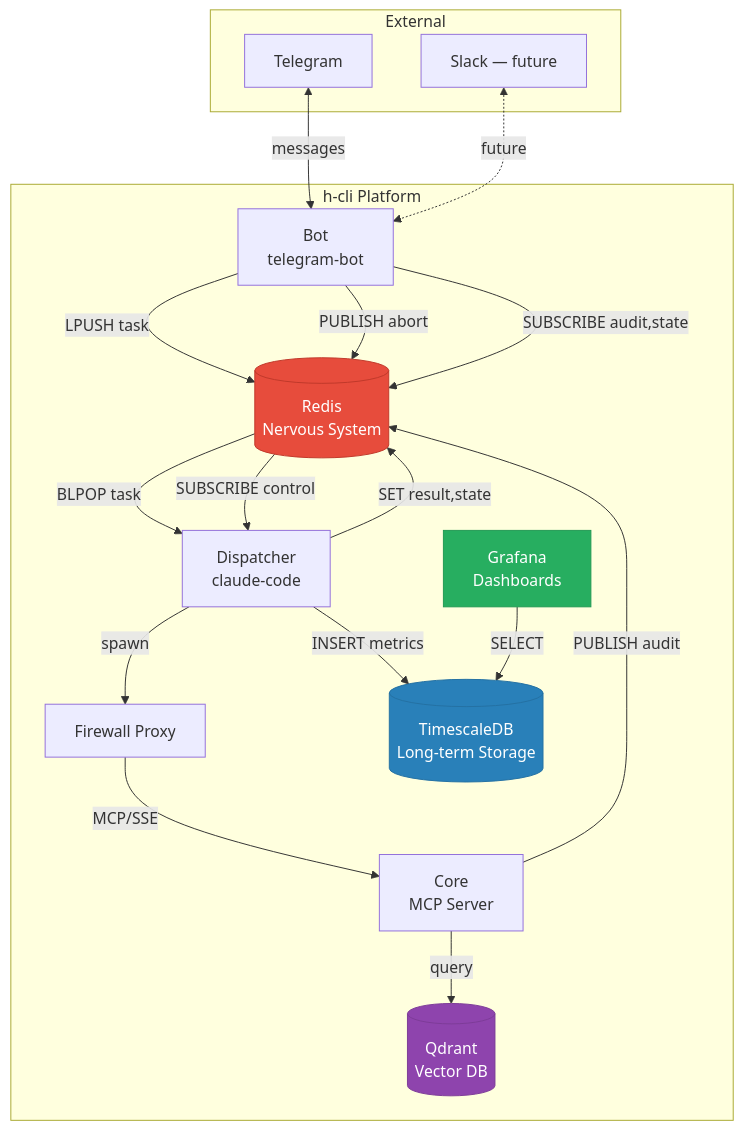
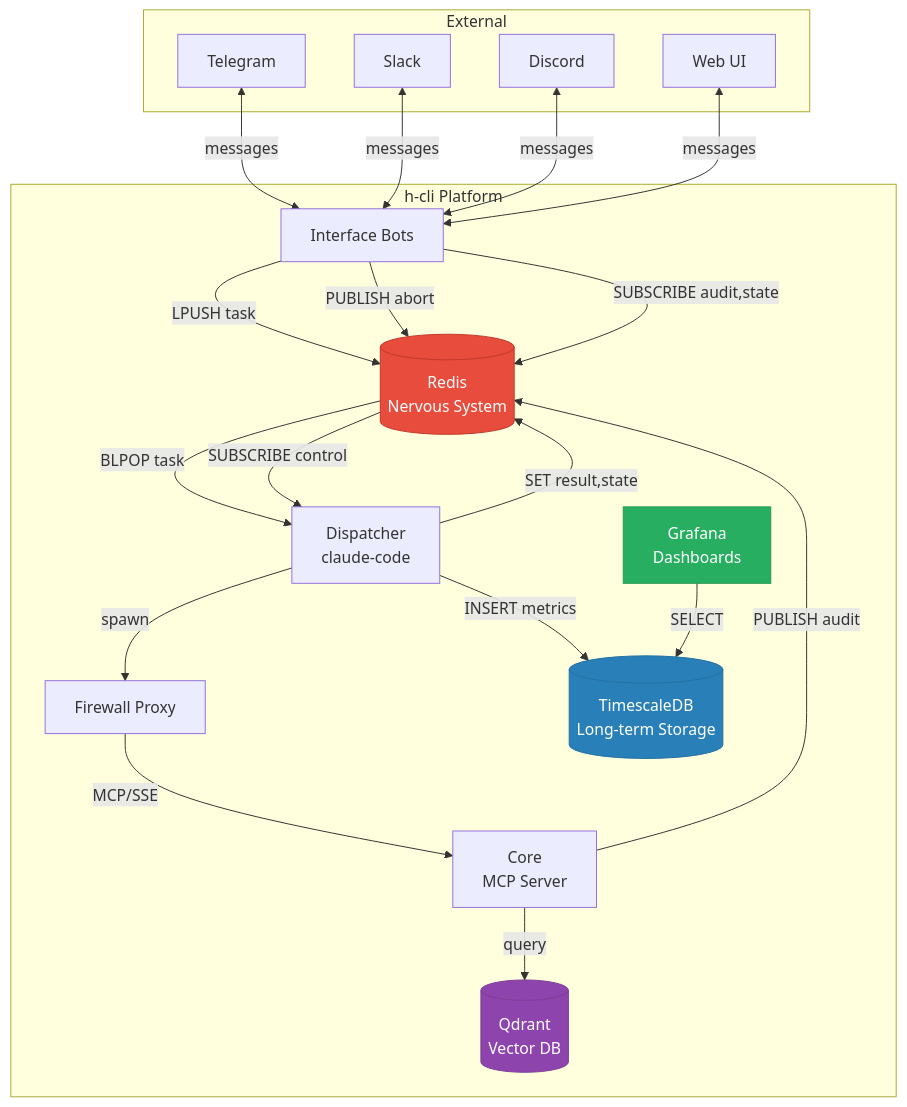
The first of 4 diagrams in docs/decisions/discussion.md (h-network/h-cli-gen-1), drawn with Mermaid before and after one commit. The commit also changed 3 other files, not shown here.

````diff
--- a/docs/decisions/discussion.md
+++ b/docs/decisions/discussion.md
@@ -26,42 +26,46 @@
 ```mermaid
 graph TB
     subgraph External
         TG[Telegram]
-        SL[Slack — future]
+        SL[Slack]
+        DC[Discord]
+        WEB[Web UI]
     end
 
     subgraph "h-cli Platform"
-        BOT[Bot<br/>telegram-bot]
+        BOT[Interface Bots]
         DISP[Dispatcher<br/>claude-code]
         FW[Firewall Proxy]
         CORE[Core<br/>MCP Server]
         REDIS[(Redis<br/>Nervous System)]
         TSDB[(TimescaleDB<br/>Long-term Storage)]
         GRAF[Grafana<br/>Dashboards]
         QDRANT[(Qdrant<br/>Vector DB)]
     end
 
     TG <-->|messages| BOT
-    SL <-.->|future| BOT
+    SL <-->|messages| BOT
+    DC <-->|messages| BOT
+    WEB <-->|messages| BOT
 
     BOT -->|LPUSH task| REDIS
     BOT -->|PUBLISH abort| REDIS
     BOT -->|SUBSCRIBE audit,state| REDIS
 
     REDIS -->|BLPOP task| DISP
     REDIS -->|SUBSCRIBE control| DISP
     DISP -->|SET result,state| REDIS
 
     DISP -->|spawn| FW
     FW -->|MCP/SSE| CORE
     CORE -->|PUBLISH audit| REDIS
 
     DISP -->|INSERT metrics| TSDB
     GRAF -->|SELECT| TSDB
     CORE -->|query| QDRANT
 
     style REDIS fill:#e74c3c,stroke:#c0392b,color:#fff
     style TSDB fill:#2980b9,stroke:#2471a3,color:#fff
     style GRAF fill:#27ae60,stroke:#229954,color:#fff
     style QDRANT fill:#8e44ad,stroke:#7d3c98,color:#fff
 ```
````
